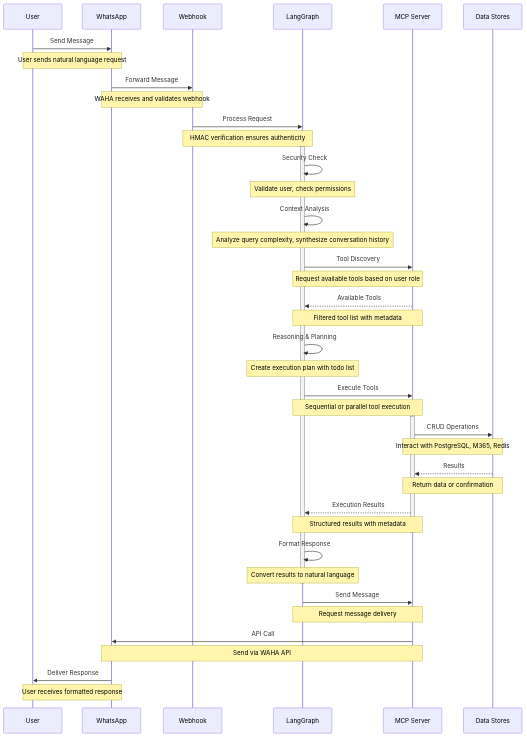
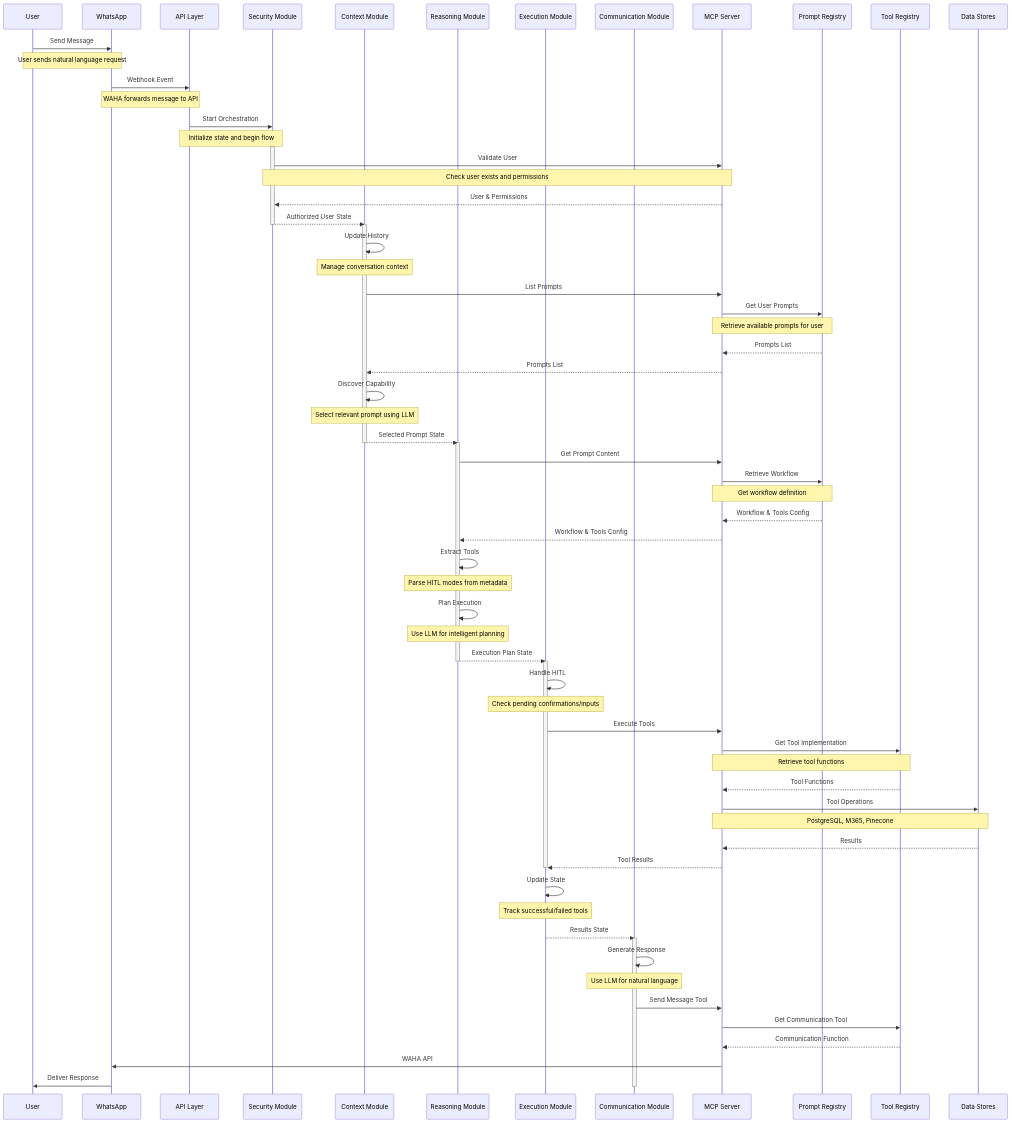
One commit to mcholismalik/aiva-eng-spec changed the second of 9 diagrams in readme.md. Above: the diagram before and after it, drawn with Mermaid. The commit also changed other lines of this file, not shown here.

Commit message:
update spec add mcp prompts as plug for langgraph with HITL mode, langgraph should include execution node for hitl handling

````diff
--- a/readme.md
+++ b/readme.md
@@ -196,60 +228,83 @@
 sequenceDiagram
     participant U as User
     participant WA as WhatsApp
-    participant WH as Webhook
-    participant LG as LangGraph
+    participant API as API Layer
+    participant SEC as Security Module
+    participant CTX as Context Module
+    participant RSN as Reasoning Module
+    participant EXE as Execution Module
+    participant COM as Communication Module
     participant MCP as MCP Server
+    participant PR as Prompt Registry
+    participant TR as Tool Registry
     participant DB as Data Stores
     
     U->>WA: Send Message
     Note over U,WA: User sends natural language request
     
-    WA->>WH: Forward Message
-    Note over WA,WH: WAHA receives and validates webhook
+    WA->>API: Webhook Event
+    Note over WA,API: WAHA forwards message to API
     
-    WH->>LG: Process Request
-    Note over WH,LG: HMAC verification ensures authenticity
+    API->>SEC: Start Orchestration
+    Note over API,SEC: Initialize state and begin flow
     
-    activate LG
-    LG->>LG: Security Check
-    Note over LG: Validate user, check permissions
+    activate SEC
+    SEC->>MCP: Validate User
+    Note over SEC,MCP: Check user exists and permissions
+    MCP-->>SEC: User & Permissions
+    SEC-->>CTX: Authorized User State
+    deactivate SEC
     
-    LG->>LG: Context Analysis
-    Note over LG: Analyze query complexity, synthesize conversation history
+    activate CTX
+    CTX->>CTX: Update History
+    Note over CTX: Manage conversation context
+    CTX->>MCP: List Prompts
+    MCP->>PR: Get User Prompts
+    Note over MCP,PR: Retrieve available prompts for user
+    PR-->>MCP: Prompts List
+    MCP-->>CTX: Prompts List
+    CTX->>CTX: Discover Capability
+    Note over CTX: Select relevant prompt using LLM
+    CTX-->>RSN: Selected Prompt State
+    deactivate CTX
     
-    LG->>MCP: Tool Discovery
-    Note over LG,MCP: Request available tools based on user role
+    activate RSN
+    RSN->>MCP: Get Prompt Content
+    MCP->>PR: Retrieve Workflow
+    Note over MCP,PR: Get workflow definition
+    PR-->>MCP: Workflow & Tools Config
+    MCP-->>RSN: Workflow & Tools Config
+    RSN->>RSN: Extract Tools
+    Note over RSN: Parse HITL modes from metadata
+    RSN->>RSN: Plan Execution
+    Note over RSN: Use LLM for intelligent planning
+    RSN-->>EXE: Execution Plan State
+    deactivate RSN
     
-    MCP-->>LG: Available Tools
-    Note over MCP,LG: Filtered tool list with metadata
+    activate EXE
+    EXE->>EXE: Handle HITL
+    Note over EXE: Check pending confirmations/inputs
+    EXE->>MCP: Execute Tools
+    MCP->>TR: Get Tool Implementation
+    Note over MCP,TR: Retrieve tool functions
+    TR-->>MCP: Tool Functions
+    MCP->>DB: Tool Operations
+    Note over MCP,DB: PostgreSQL, M365, Pinecone
+    DB-->>MCP: Results
+    MCP-->>EXE: Tool Results
+    deactivate EXE
     
-    LG->>LG: Reasoning & Planning
-    Note over LG: Create execution plan with todo list
+    EXE->>EXE: Update State
+    Note over EXE: Track successful/failed tools
+    EXE-->>COM: Results State
     
-    LG->>MCP: Execute Tools
-    Note over LG,MCP: Sequential or parallel tool execution
-    
-    activate MCP
-    MCP->>DB: CRUD Operations
-    Note over MCP,DB: Interact with PostgreSQL, M365, Redis
-    
-    DB-->>MCP: Results
-    Note over DB,MCP: Return data or confirmation
-    
-    MCP-->>LG: Execution Results
-    Note over MCP,LG: Structured results with metadata
-    deactivate MCP
-    
-    LG->>LG: Format Response
-    Note over LG: Convert results to natural language
-    deactivate LG
-    
-    LG->>MCP: Send Message
-    Note over LG,MCP: Request message delivery
-    
-    MCP->>WA: API Call
-    Note over MCP,WA: Send via WAHA API
-    
+    activate COM
+    COM->>COM: Generate Response
+    Note over COM: Use LLM for natural language
+    COM->>MCP: Send Message Tool
+    MCP->>TR: Get Communication Tool
+    TR-->>MCP: Communication Function
+    MCP->>WA: WAHA API
     WA->>U: Deliver Response
-    Note over WA,U: User receives formatted response
+    deactivate COM
 ```
````
